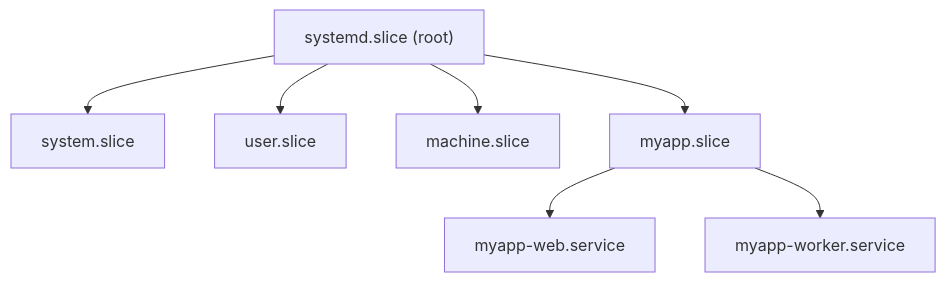
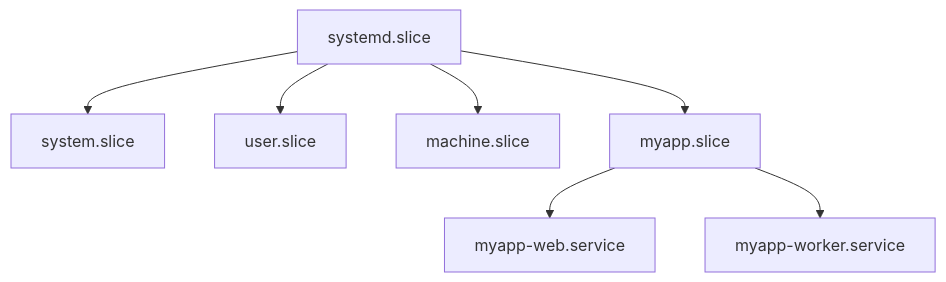
One commit to moonblueblue/devops-wiki changed the second of 3 diagrams in content/linux/boot-init/systemd.md. Above: the diagram before and after it, drawn with Mermaid. The commit also changed other lines of this file and 1 other file, not shown here.

Commit message:
style: boot-init 섹션 Mermaid 노드 라벨 규칙 적용
- boot-process.md: Secure Boot 키 라벨 단축 (PK/KEK/db/dbx)
  GRUB 체인 노드 괄호 제거 (shim.efi, grubx64.efi, vmlinuz)
  부팅 타임라인 nginx 노드 특수문자·길이 축약
- systemd.md: systemd.slice 괄호 제거, 타임아웃 노드 화살표 제거

````diff
--- a/content/linux/boot-init/systemd.md
+++ b/content/linux/boot-init/systemd.md
@@ -244,10 +244,10 @@
 ```mermaid
 graph TD
-    ROOT["systemd.slice (root)"]
+    ROOT["systemd.slice"]
     ROOT --> SYS["system.slice"]
     ROOT --> USR["user.slice"]
     ROOT --> MACH["machine.slice"]
     ROOT --> MYAPP["myapp.slice"]
     MYAPP --> WEB["myapp-web.service"]
     MYAPP --> WORKER["myapp-worker.service"]
 ```
````
